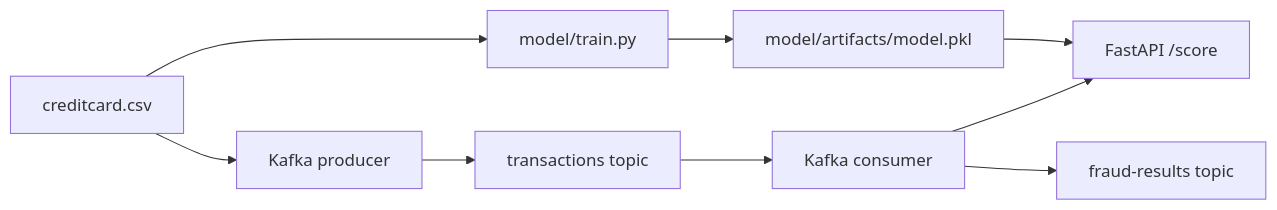
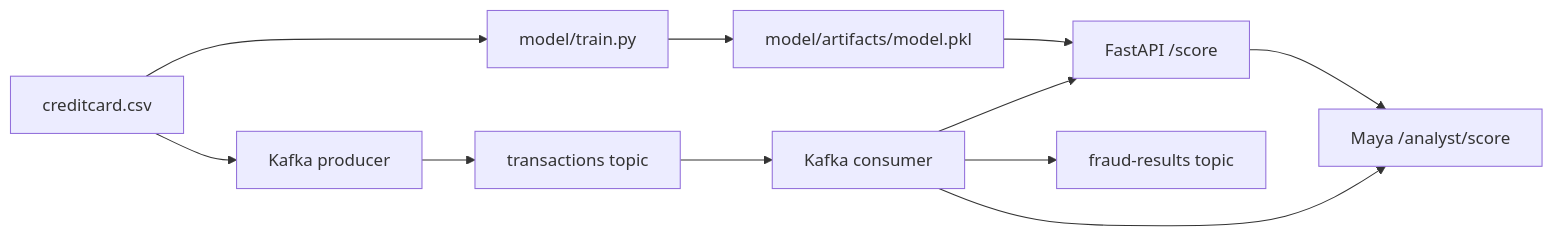
One commit to Mouhamedsouhail/fraud-detection-api changed the diagram in docs/ARCHITECTURE.md. Above: the diagram before and after it, drawn with Mermaid. The commit also changed other lines of this file and 11 other files, not shown here.

````diff
--- a/docs/ARCHITECTURE.md
+++ b/docs/ARCHITECTURE.md
@@ -10,11 +11,13 @@
 ```mermaid
 flowchart LR
     CSV["creditcard.csv"] --> Train["model/train.py"]
     Train --> Artifact["model/artifacts/model.pkl"]
     Artifact --> API["FastAPI /score"]
+    API --> Analyst["Maya /analyst/score"]
     CSV --> Producer["Kafka producer"]
     Producer --> Transactions["transactions topic"]
     Transactions --> Consumer["Kafka consumer"]
     Consumer --> API
+    Consumer --> Analyst
     Consumer --> Results["fraud-results topic"]
 ```
````
